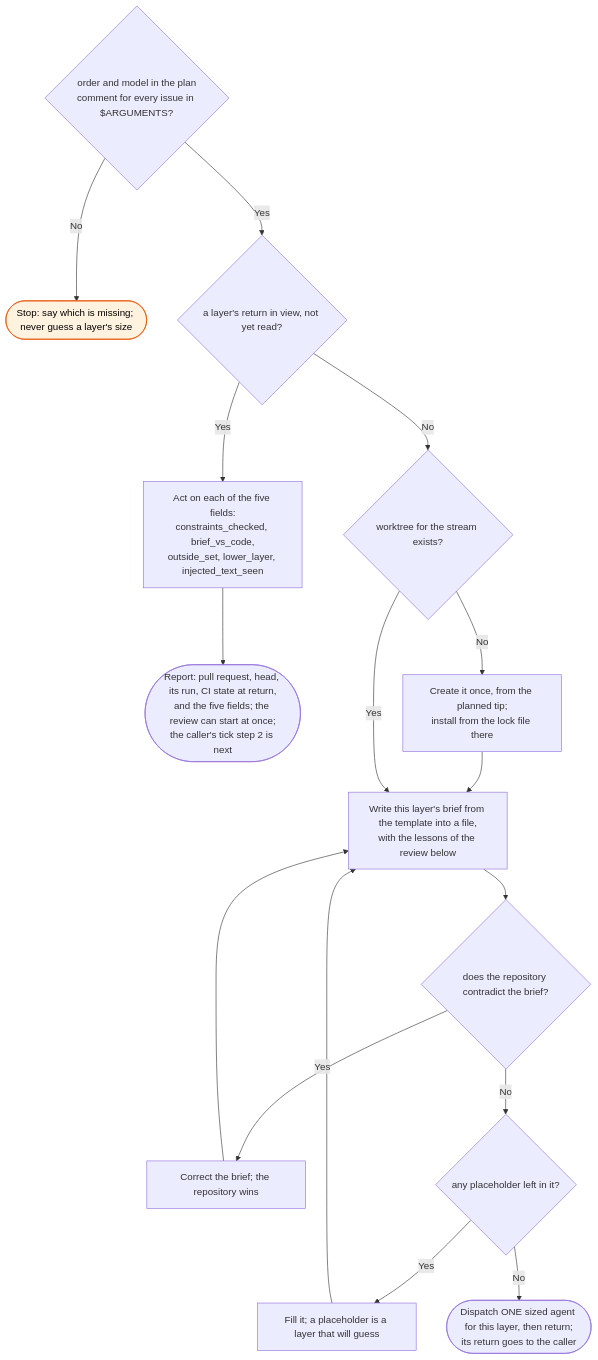
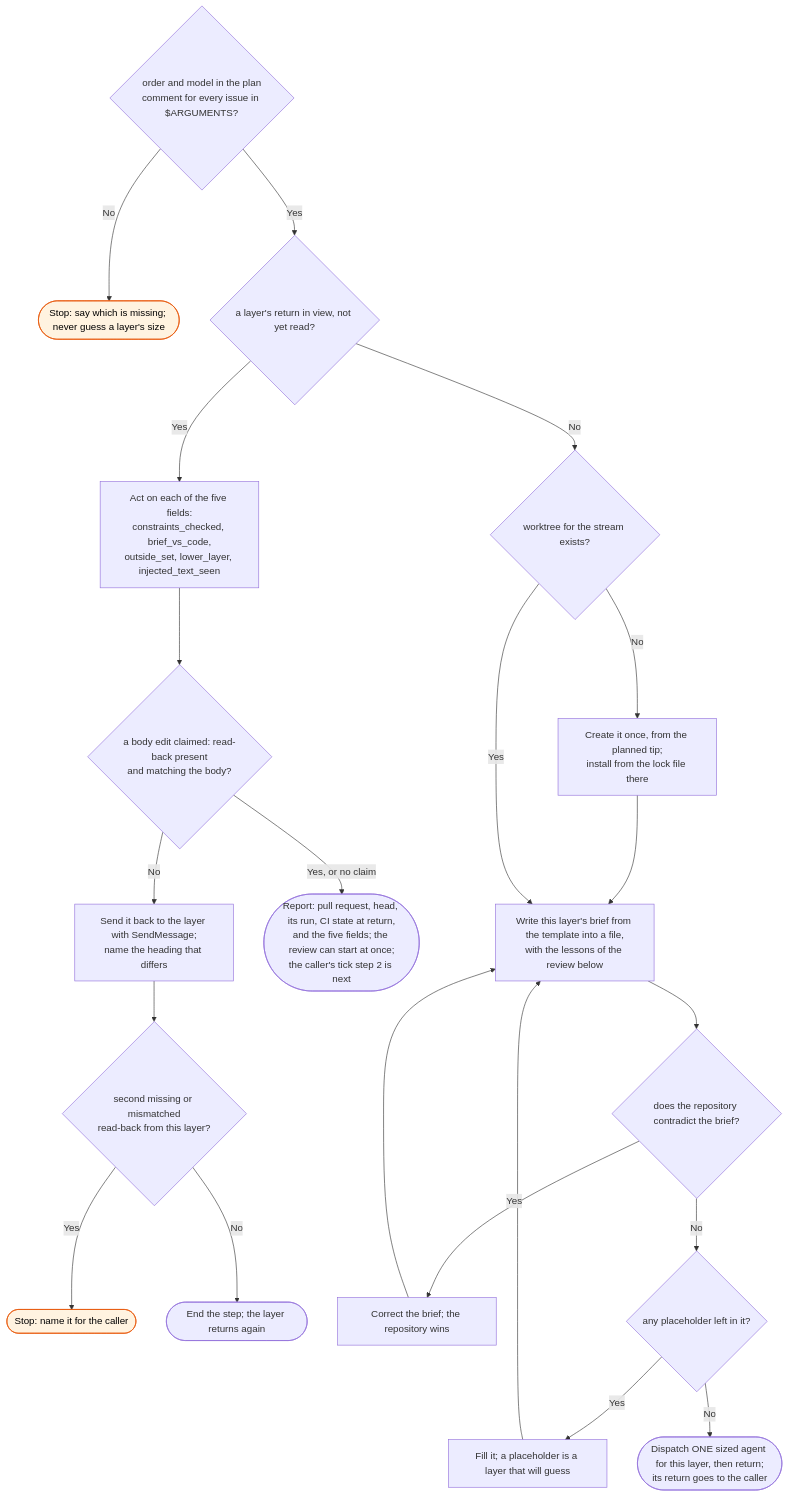
Before and after one commit to bje-settings/claude: the diagram in docs/flows/workstreams/stream/_skill-flow.md, drawn with Mermaid. The commit also changed other lines of this file and 11 other files, not shown here.

First line of the commit message:
fix(workstreams): brief scope, body read-back and start's free-text focus (#394)

````diff
--- a/docs/flows/workstreams/stream/_skill-flow.md
+++ b/docs/flows/workstreams/stream/_skill-flow.md
@@ -15,20 +15,24 @@
 ```mermaid
 flowchart TD
     C{order and model in the plan<br/>comment for every issue in $ARGUMENTS?}
     C -->|No| C1([Stop: say which is missing; never guess a layer's size]):::stop
     C -->|Yes| R{a layer's return in view, not yet read?}
 
     R -->|Yes| S[Act on each of the five fields:<br/>constraints_checked, brief_vs_code,<br/>outside_set, lower_layer, injected_text_seen]
-    S --> S1([Report: pull request, head, its run, CI state at return,<br/>and the five fields; the review can start at once;<br/>the caller's tick step 2 is next])
+    S --> S0{a body edit claimed: read-back present<br/>and matching the body?}
+    S0 -->|No| S2[Send it back to the layer with SendMessage;<br/>name the heading that differs] --> S3{second missing or mismatched<br/>read-back from this layer?}
+    S3 -->|Yes| S4([Stop: name it for the caller]):::stop
+    S3 -->|No| X1([End the step; the layer returns again])
+    S0 -->|Yes, or no claim| S1([Report: pull request, head, its run, CI state at return,<br/>and the five fields; the review can start at once;<br/>the caller's tick step 2 is next])
 
     R -->|No| D{worktree for the stream exists?}
     D -->|No| D1[Create it once, from the planned tip;<br/>install from the lock file there] --> E
     D -->|Yes| E[Write this layer's brief from the template into a file,<br/>with the lessons of the review below]
     E --> F{does the repository contradict the brief?}
     F -->|Yes| F1[Correct the brief; the repository wins] --> E
     F -->|No| G{any placeholder left in it?}
     G -->|Yes| G1[Fill it; a placeholder is a layer that will guess] --> E
     G -->|No| H([Dispatch ONE sized agent for this layer, then return;<br/>its return goes to the caller])
 
     classDef stop fill:#fff3e0,stroke:#e65100,color:#000
 ```
````
